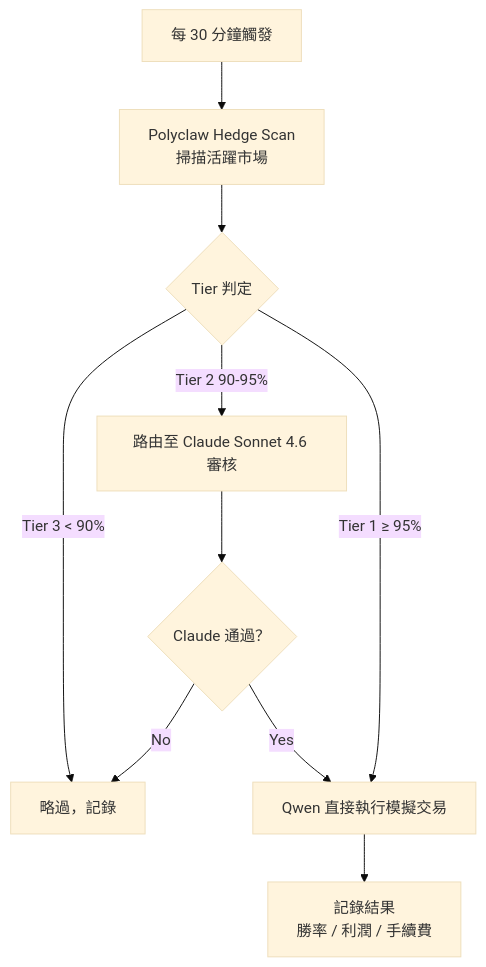
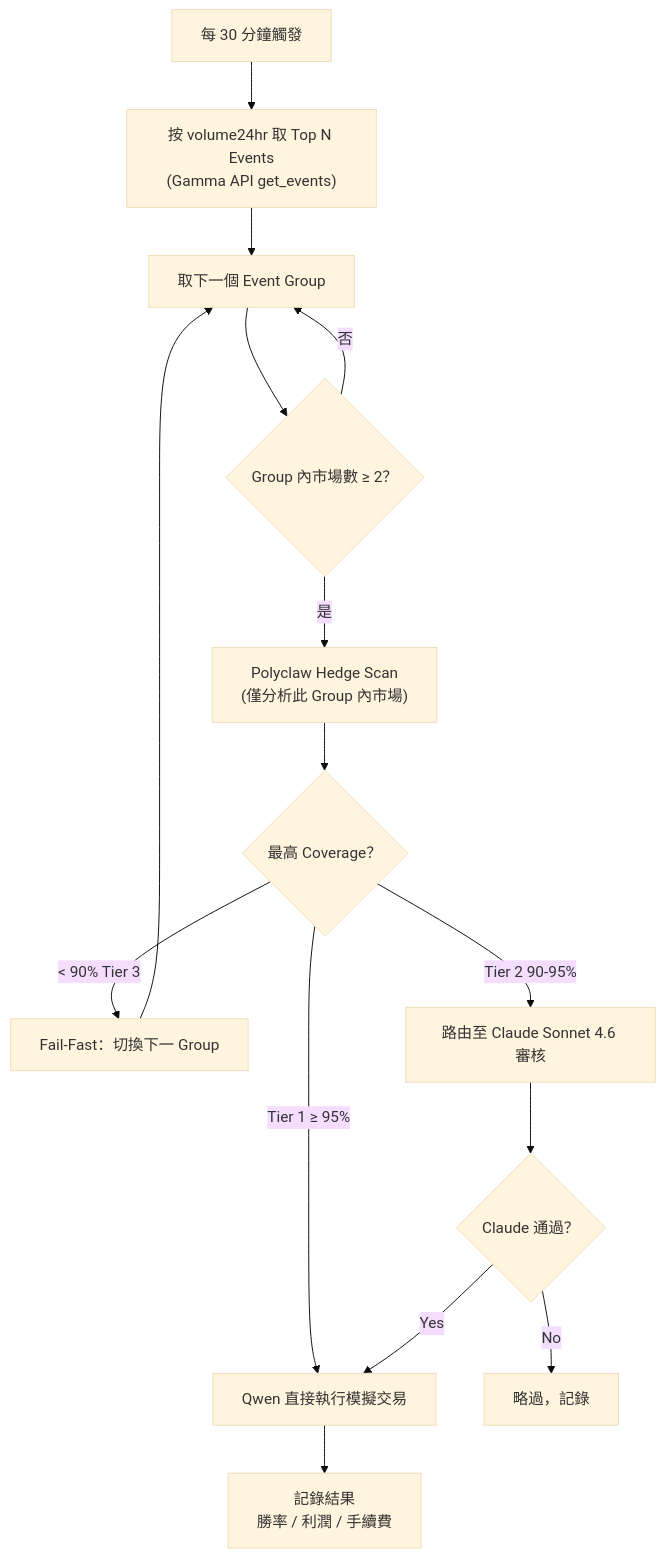
The second of 3 diagrams in CURRENT_SPEC.md (nrnmnrn/openclaw_on_polymarket-plan), drawn with Mermaid (base theme) before and after one commit. The commit also changed other lines of this file and 1 other file, not shown here.

Commit message:
arch: 採用 MarketGroup + Top Volume + Fail-Fast 取代 Embedding 去重
  Changed files:
  - CURRENT_SPEC.md: Update data flow description, replace Paper Trading
  flowchart with Event Group-based flow, add NegRisk note for MarketGroup
  compatibility, close deferred Embedding item (resolved 2026-05-03), add
  ADR-008 to index
  - adr/ADR-008-hedge-scan-strategy.md: New ADR documenting the funnel-based
  scan strategy (Top Volume Events + MarketGroup native grouping + Fail-Fast),
  with rejection rationale for ChromaDB and N×N LLM approaches

  Replaces individual market scanning and Embedding deduplication with
  Polymarket's native MarketGroup structure, reducing token costs and OOM risk.

````diff
--- a/CURRENT_SPEC.md
+++ b/CURRENT_SPEC.md
@@ -121,12 +121,17 @@
 ```mermaid
 flowchart TD
-    A["每 30 分鐘觸發"] --> B["Polyclaw Hedge Scan<br>掃描活躍市場"]
-    B --> C{"Tier 判定"}
-    C -->|"Tier 3 &lt; 90%"| D["略過，記錄"]
-    C -->|"Tier 2 90-95%"| E["路由至 Claude Sonnet 4.6 審核"]
-    C -->|"Tier 1 ≥ 95%"| F["Qwen 直接執行模擬交易"]
-    E --> G{"Claude 通過？"}
-    G -->|No| D
-    G -->|Yes| F
-    F --> H["記錄結果<br>勝率 / 利潤 / 手續費"]
+    A["每 30 分鐘觸發"] --> B["按 volume24hr 取 Top N Events\n(Gamma API get_events)"]
+    B --> C["取下一個 Event Group"]
+    C --> D{"Group 內市場數 ≥ 2？"}
+    D -->|"否"| C
+    D -->|"是"| E["Polyclaw Hedge Scan\n(僅分析此 Group 內市場)"]
+    E --> F{"最高 Coverage？"}
+    F -->|"< 90% Tier 3"| G["Fail-Fast：切換下一 Group"]
+    G --> C
+    F -->|"Tier 2  90-95%"| H["路由至 Claude Sonnet 4.6 審核"]
+    F -->|"Tier 1 ≥ 95%"| I["Qwen 直接執行模擬交易"]
+    H --> J{"Claude 通過？"}
+    J -->|No| K["略過，記錄"]
+    J -->|Yes| I
+    I --> L["記錄結果\n勝率 / 利潤 / 手續費"]
 ```
````
